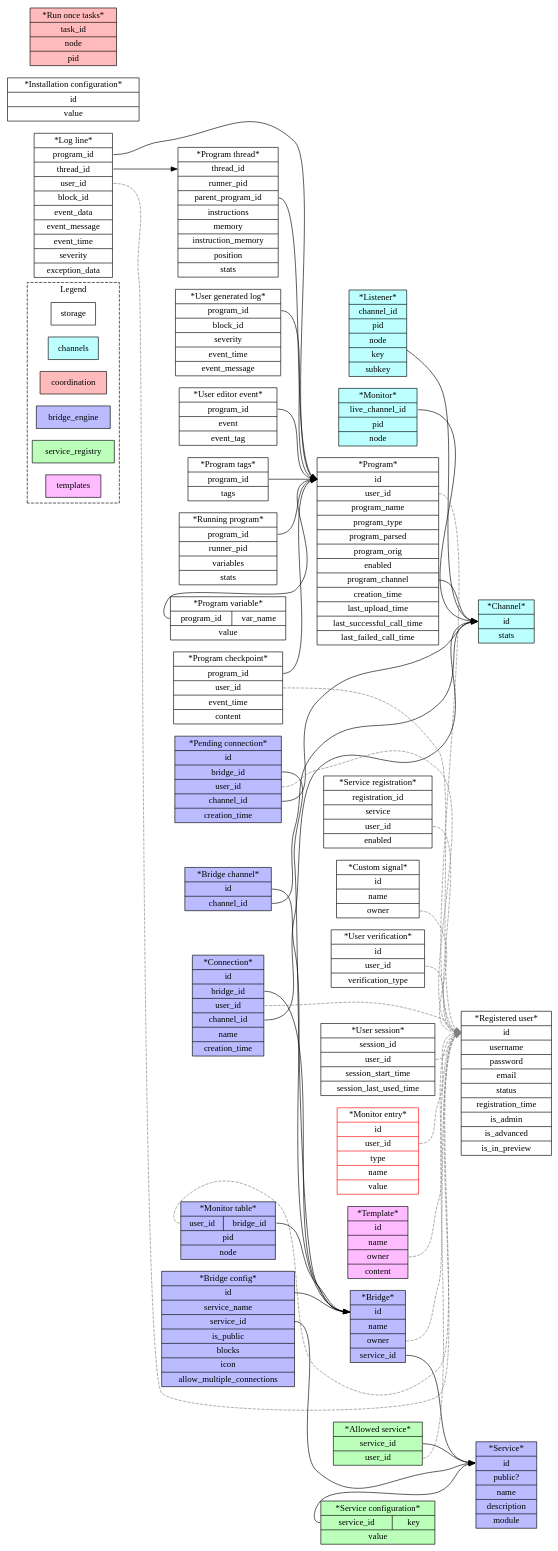
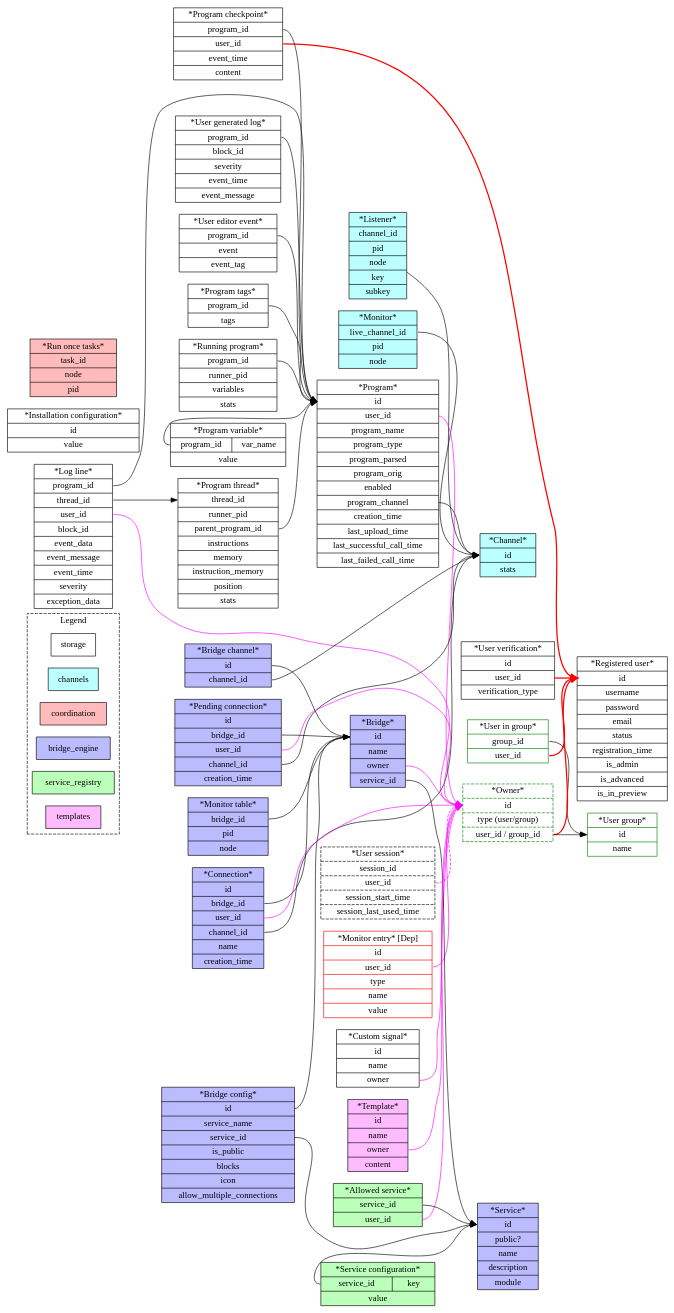
One commit to programaker-project/Programaker-Core changed the diagram in docs/diagrams/db-model.gv. Above: the diagram before and after it, drawn with Graphviz.

Commit message:
Draft a possible way to add groups to the DB-model.

```diff
--- a/docs/diagrams/db-model.gv
+++ b/docs/diagrams/db-model.gv
@@ -1,180 +1,193 @@
 digraph g {
   rankdir=LR
   node[shape=record];
   style=dashed;
 
   subgraph cluster_legend {
     label="Legend"
 
     storage;
     channels[style=filled,fillcolor="#bbffff"];
     coordination[style=filled,fillcolor="#ffbbbb"]
     bridge_engine[style=filled,fillcolor="#bbbbff"];
     service_registry[style=filled,fillcolor="#bbffbb"]
     templates[style=filled,fillcolor="#ffbbff"]
   }
 
 
   subgraph group_core_channels {
     label="Channels";
     node[style=filled,fillcolor="#bbffff"];
 
 
     // LIVE_CHANNELS_TABLE | automate_channel_engine_live_channels_table
     live_channels_table_entry[label="*Channel* | <pk> id | stats"];
 
     // LISTENERS_TABLE | automate_channel_engine_listeners_table
     listeners_table_entry[label="*Listener*| <f0> channel_id | pid | node | key | subkey"];
     listeners_table_entry -> live_channels_table_entry:pk;
 
     // MONITORS_TABLE | automate_channel_engine_monitors_table
     monitors_table_entry[label="*Monitor* | <f0> live_channel_id | pid | node"];
     monitors_table_entry:f0 -> live_channels_table_entry:pk;
   }
 
   subgraph group_core_storage {
     label="Storage";
 
     // REGISTERED_USERS_TABLE | automate_registered_users
     registered_user_entry[label="*Registered user* | <pk> id | username | password | email | status | registration_time | is_admin | is_advanced | is_in_preview"];
 
+    // User group
+    user_group[
+      color="green",
+      label="*User group* | <pk> id | name"]
+
+    // User in group
+    user_in_group[color=green, 
+      label="*User in group* | <f0> group_id | <f1> user_id"]
+    user_in_group:f0 -> user_group:pk
+    user_in_group:f1 -> registered_user_entry:pk[style=bold,color="#ff0000"];
+
+    // User or group
+    owner[color=green,style=dashed,
+      label="*Owner* | <pk> id | type (user/group) | <f1> user_id / group_id"]
+    owner:f1 -> user_group:pk
+    owner:f1 -> registered_user_entry:pk[style=bold,color="#ff0000"];
+
     // USER_SESSIONS_TABLE | automate_user_sessions
-    user_session_entry[label="*User session* | <pk> session_id | <f0> user_id | session_start_time | session_last_used_time"];
-    user_session_entry:f0 -> registered_user_entry:pk[style=dashed,color="#7f7f7f"];
+    user_session_entry[style=dashed, // Maybe a permisisons-based model would be interesting
+      label="*User session* | <pk> session_id | <f0> user_id | session_start_time | session_last_used_time"];
+    user_session_entry:f0 -> owner:pk[style=dashed,color="#ff00ff"];
 
     // // USER_MONITORS_TABLE | automate_user_monitors
-    monitor_entry[color=red,
-                  label="*Monitor entry* | <pk> id | <f0> user_id | type | name | value"];
-    monitor_entry:f0 -> registered_user_entry:pk[style=dashed,color="#7f7f7f"];
+    monitor_entry[color=red, // Deprecated
+                  label="*Monitor entry* [Dep] | <pk> id | <f0> user_id | type | name | value"];
+    monitor_entry:f0 -> owner:pk[style=normal,color="#ff00ff"];
 
     // USER_PROGRAMS_TABLE | automate_user_programs
     user_program_entry[label="*Program* | <pk> id | <f0> user_id | program_name | program_type | program_parsed | program_orig | enabled | <f1> program_channel | creation_time | last_upload_time | last_successful_call_time | last_failed_call_time"];
-    user_program_entry:f0 -> registered_user_entry:pk[style=dashed,color="#7f7f7f"];
+    user_program_entry:f0 -> owner:pk[style=normal,color="#ff00ff"];
     user_program_entry:f1 -> live_channels_table_entry:pk;
 
     // USER_PROGRAMS_LOGS_TABLE | automate_user_program_logs
     user_program_logs_entry[label="*Log line* | <f0> program_id | <f1> thread_id | <f2> user_id | block_id | event_data | event_message | event_time | severity | exception_data"];
     user_program_logs_entry:f0 -> user_program_entry:pk;
-    user_program_logs_entry:f2 -> registered_user_entry:pk[style=dashed,color="#7f7f7f"];
+    user_program_logs_entry:f2 -> owner:pk[style=normal,color="#ff00ff"];
 
     // USER_GENERATED_LOGS_TABLE | automate_user_generated_logs
     user_generated_log_entry[label="*User generated log* | <f0> program_id | block_id | severity | event_time | event_message"]
     user_generated_log_entry:f0 -> user_program_entry:pk;
 
     // USER_PROGRAM_EVENTS_TABLE | automate_user_program_events
     user_program_editor_event[label="*User editor event* | <f0> program_id | event | event_tag"]
     user_program_editor_event:f0 -> user_program_entry:pk;
 
     // USER_PROGRAM_CHECKPOINTS_TABLE | automate_user_program_checkpoints
     user_program_checkpoint[label="*Program checkpoint* | <f0> program_id | <f1> user_id | event_time | content"]
     user_program_checkpoint:f0 -> user_program_entry:pk;
-    user_program_checkpoint:f1 -> registered_user_entry:pk[style=dashed,color="#7f7f7f"];
+    user_program_checkpoint:f1 -> registered_user_entry:pk[style=bold,color="#ff0000"];
 
     // PROGRAM_TAGS_TABLE | automate_program_tags
     program_tags_entry[label="*Program tags* | <f0> program_id | tags"];
     program_tags_entry:f0 -> user_program_entry:pk;
 
     // RUNNING_PROGRAMS_TABLE | automate_running_programs
     running_program_entry[label="*Running program*| <f0> program_id | runner_pid | variables | stats"];
     running_program_entry:f0 -> user_program_entry:pk;
 
     // RUNNING_THREADS_TABLE | automate_running_program_threads
     running_program_thread_entry[label="*Program thread* | <pk> thread_id | runner_pid | <f0> parent_program_id | instructions | memory | instruction_memory | position | stats"];
     user_program_logs_entry:f1 -> running_program_thread_entry:pk;
     running_program_thread_entry:f0 -> user_program_entry:pk;
 
-    // REGISTERED_SERVICES_TABLE | automate_registered_services
-    registered_service_entry[label="*Service registration* | <pk> registration_id | <f0> service |  <f1> user_id | enabled"];
-    registered_service_entry:f1 -> registered_user_entry:pk[style=dashed,color="#7f7f7f"];
-
     // PROGRAM_VARIABLE_TABLE | automate_program_variable_table
     program_variable_table_entry[label="*Program variable* | {<f0> program_id | var_name} | value"];
     program_variable_table_entry:f0 -> user_program_entry:pk;  // Not sure if user program or running program
 
     // CUSTOM_SIGNALS_TABLE | automate_custom_signals_table
     custom_signal_entry[label="*Custom signal* | <pk> id | name | <f0> owner"];
-    custom_signal_entry:f0 -> registered_user_entry:pk[style=dashed,color="#7f7f7f"];
+    custom_signal_entry:f0 -> owner:pk[style=normal,color="#ff00ff"];
 
     // INSTALLATION_CONFIGURATION_TABLE | automate_installation_configuration
     storage_configuration_entry[label="*Installation configuration* | <pk> id | value"];
 
     // USER_VERIFICATION_TABLE | automate_user_verification_table
     user_verification_entry[label="*User verification* | <pk> id | <f0> user_id | verification_type"]
-    user_verification_entry:f0 -> registered_user_entry:pk[style=dashed,color="#7f7f7f"];
+    user_verification_entry:f0 -> registered_user_entry:pk[style=bold,color="#ff0000"];
   }
 
   subgraph group_coordination {
     label="Coordination";
     node[style=filled,fillcolor="#ffbbbb"];
 
     // RUN_ONCE_TASKS_TABLE | automate_coordination_run_once_tasks
     run_once_tasks_table_entry[label="*Run once tasks* | <pk> task_id | node | pid"]
   }
 
   subgraph group_bridges {
     label="Bridge engine";
 
     node[style=filled,fillcolor="#bbbbff"]
 
     // SERVICE_PORT_TABLE | automate_service_port_table
     service_port_entry[label="*Bridge* | <pk> id | name | <f0> owner | <f1> service_id"]
-    service_port_entry:f0 -> registered_user_entry:pk[style=dashed,color="#7f7f7f"];
+    service_port_entry:f0 -> owner:pk[style=normal,color="#ff00ff"];
     service_port_entry:f1 -> services_table_entry:pk;
 
     // SERVICE_PORT_CONFIGURATION_TABLE | automate_service_port_configuration_table
     service_port_configuration[label="*Bridge config* | <pk> id | service_name | <f0> service_id | is_public | blocks | icon | allow_multiple_connections"]
     service_port_configuration:pk -> service_port_entry:pk;
     service_port_configuration:f0 -> services_table_entry:pk
 
 
     // SERVICE_PORT_CHANNEL_TABLE | automate_service_port_channel_table
     service_port_monitor_channel_entry[label="*Bridge channel* | <pk> id | <f0> channel_id"]
     service_port_monitor_channel_entry:pk -> service_port_entry:pk;
     service_port_monitor_channel_entry:f0 -> live_channels_table_entry:pk;
 
     // SERVICE_PORT_CHANNEL_MONITORS_TABLE | automate_service_port_channel_monitors_table
-    channel_monitor_table_entry[label="*Monitor table* | {<f0> user_id|<f1> bridge_id} | pid | node"]
-    channel_monitor_table_entry:f0 -> registered_user_entry:pk[style=dashed,color="#7f7f7f"];
-    channel_monitor_table_entry:f1 -> service_port_entry:pk
+    channel_monitor_table_entry[label="*Monitor table* | {<f0> bridge_id} | pid | node"]
+    channel_monitor_table_entry:f0 -> service_port_entry:pk
 
     // USER_TO_BRIDGE_CONNECTION_TABLE | automate_service_port_channel_user_to_bridge_connection_table    // Bridge connection
     user_to_bridge_connection_entry[
                      label="*Connection* | <pk> id | <f0> bridge_id | <f1> user_id | <f2> channel_id | name | creation_time"]
     user_to_bridge_connection_entry:f0 -> service_port_entry:pk
-    user_to_bridge_connection_entry:f1 -> registered_user_entry:pk[style=dashed,color="#7f7f7f"];
+    user_to_bridge_connection_entry:f1 -> owner:pk[style=normal,color="#ff00ff"];
     user_to_bridge_connection_entry:f2 -> live_channels_table_entry:pk
     // Connection data might store data from the bridges
 
     pending_connection_entry[label="*Pending connection* | <pk> id | <f0> bridge_id | <f1> user_id | <f2> channel_id | creation_time"]
     pending_connection_entry:f0 -> service_port_entry:pk
-    pending_connection_entry:f1 -> registered_user_entry:pk[style=dashed,color="#7f7f7f"];
+    pending_connection_entry:f1 -> owner:pk[style=normal,color="#ff00ff"];
     pending_connection_entry:f2 -> live_channels_table_entry:pk
   }
 
   subgraph group_registry_services {
     label="Service registry";
     node[style=filled,fillcolor="#bbffbb"]
 
     // SERVICE_REGISTRY_TABLE | automate_service_registry_services_table
     services_table_entry[label="*Service* | <pk> id | public? | name | description | module"];
 
     // USER_SERVICE_ALLOWANCE_TABLE | automate_service_registry_user_service_allowance_table
     user_service_allowance_entry[label="*Allowed service*| <f0> service_id | <f1> user_id"];
     user_service_allowance_entry:f0 -> services_table_entry:pk;
-    user_service_allowance_entry:f1 -> registered_user_entry:pk[style=dashed,color="#7f7f7f"];
+    user_service_allowance_entry:f1 -> owner:pk[style=normal,color="#ff00ff"];
 
     // SERVICE_CONFIGURATION_TABLE | automate_service_registry_service_configuration_table
     service_configuration_entry[label="*Service configuration* | { <f0> service_id | key } | value "];
     service_configuration_entry:f0 -> services_table_entry:pk;
   }
 
   subgraph group_core_template_engine {
     label="Template engine"
     node[style=filled,fillcolor="#ffbbff"]
 
     // TEMPLATE_TABLE | automate_template_engine_templates_table
     template_entry[label="*Template* | <pk> id | name | <f0> owner | content"]
-    template_entry:f0 -> registered_user_entry:pk[style=dashed,color="#7f7f7f"];
+    template_entry:f0 -> owner:pk[style=normal,color="#ff00ff"];
 
   }
 }
```
